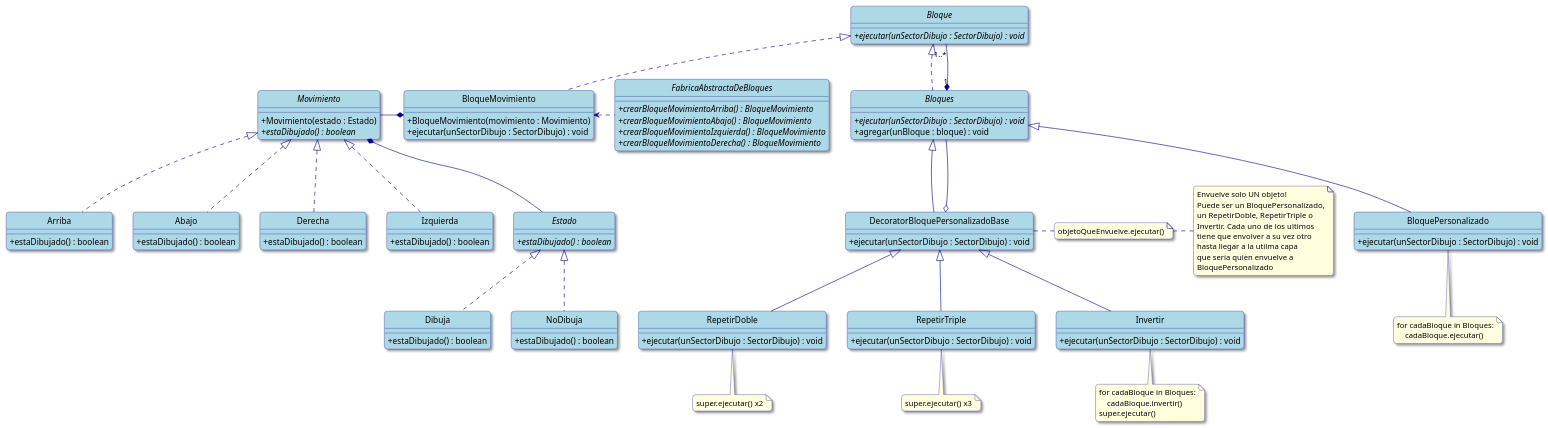
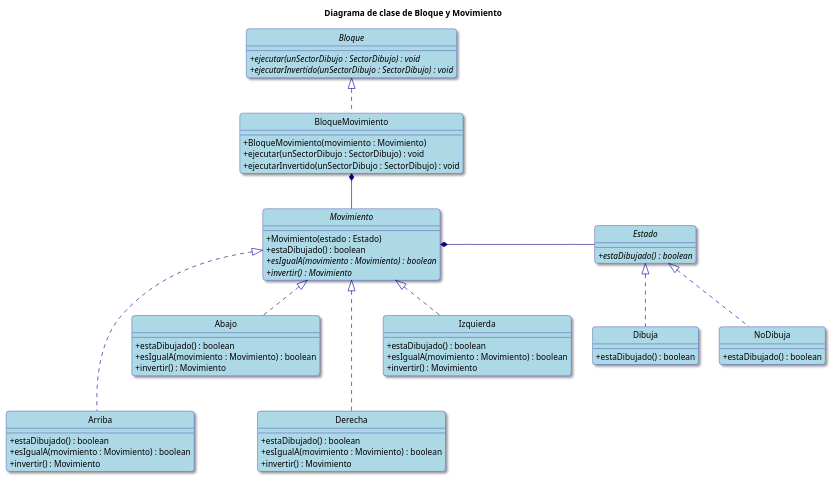
The second of 7 diagrams in diagramas-uml.puml (valva-ro/Algo3-TP2-AlgoBlocks), drawn with PlantUML before and after one commit. The commit also changed other lines of this file and 1 other file, not shown here.

Commit message:
docs: Actualice el informe y los diagramas

```diff
--- a/diagramas-uml.puml
+++ b/diagramas-uml.puml
@@ -83,123 +85,75 @@
 @startuml
 hide circle
 skinparam classAttributeIconSize 0
 skinparam backgroundColor White
 skinparam RoundCorner 10
 skinparam Shadowing true
 skinparam class {
     ArrowColor DarkBlue
     BackgroundColor LightBlue
     BorderColor DarkBlue
 }
 skinparam note {
     BackgroundColor LightYellow
     BorderColor DarkBlue
 }
 
+title Diagrama de clase de Bloque y Movimiento
+
 interface Bloque {
     + {abstract} ejecutar(unSectorDibujo : SectorDibujo) : void
+    + {abstract} ejecutarInvertido(unSectorDibujo : SectorDibujo) : void
+
 }
 class BloqueMovimiento {
     + BloqueMovimiento(movimiento : Movimiento)
     + ejecutar(unSectorDibujo : SectorDibujo) : void
+    + ejecutarInvertido(unSectorDibujo : SectorDibujo) : void
 }
-interface Bloques {
-    + {abstract} ejecutar(unSectorDibujo : SectorDibujo) : void
-    + agregar(unBloque : bloque) : void
-}
-class BloquePersonalizado {
-    + ejecutar(unSectorDibujo : SectorDibujo) : void
-}
-note bottom of BloquePersonalizado
-for cadaBloque in Bloques:
-    cadaBloque.ejecutar()
-end note
-class RepetirDoble {
-    + ejecutar(unSectorDibujo : SectorDibujo) : void
-}
-note bottom of RepetirDoble
-super.ejecutar() x2
-end note
-class RepetirTriple {
-    + ejecutar(unSectorDibujo : SectorDibujo) : void
-}
-note bottom of RepetirTriple
-super.ejecutar() x3
-end note
-class Invertir {
-    + ejecutar(unSectorDibujo : SectorDibujo) : void
-}
-note bottom of Invertir
-for cadaBloque in Bloques:
-    cadaBloque.invertir()
-super.ejecutar()
-end note
 abstract class Movimiento {
     + Movimiento(estado : Estado)
-    + {abstract} estaDibujado() : boolean
+    + estaDibujado() : boolean
+    + {abstract} esIgualA(movimiento : Movimiento) : boolean
+    + {abstract} invertir() : Movimiento
 }
 class Arriba {
     + estaDibujado() : boolean
+    + esIgualA(movimiento : Movimiento) : boolean
+    + invertir() : Movimiento
 }
 class Abajo {
     + estaDibujado() : boolean
+    + esIgualA(movimiento : Movimiento) : boolean
+    + invertir() : Movimiento
 }
 class Derecha {
     + estaDibujado() : boolean
+    + esIgualA(movimiento : Movimiento) : boolean
+    + invertir() : Movimiento
 }
 class Izquierda {
     + estaDibujado() : boolean
+    + esIgualA(movimiento : Movimiento) : boolean
+    + invertir() : Movimiento
 }
-class DecoratorBloquePersonalizadoBase {
-    + ejecutar(unSectorDibujo : SectorDibujo) : void
-}
-note right
-objetoQueEnvuelve.ejecutar()
-end note
-note right
-Envuelve solo UN objeto!
-Puede ser un BloquePersonalizado,
-un RepetirDoble, RepetirTriple o
-Invertir. Cada uno de los ultimos
-tiene que envolver a su vez otro
-hasta llegar a la utilma capa
-que sería quien envuelve a
-BloquePersonalizado
-end note
 interface Estado {
     + {abstract} estaDibujado() : boolean
 }
 class Dibuja {
     + estaDibujado() : boolean
 }
 class NoDibuja {
     + estaDibujado() : boolean
 }
 
-interface FabricaAbstractaDeBloques {
-    + {abstract} crearBloqueMovimientoArriba() : BloqueMovimiento
-    + {abstract} crearBloqueMovimientoAbajo() : BloqueMovimiento
-    + {abstract} crearBloqueMovimientoIzquierda() : BloqueMovimiento
-    + {abstract} crearBloqueMovimientoDerecha() : BloqueMovimiento
-}
-FabricaAbstractaDeBloques ..left> BloqueMovimiento
-
-Movimiento *-- Estado
+Movimiento *--right Estado
 Estado <|.. Dibuja
 Estado <|.. NoDibuja
-Bloque <|.. Bloques
-Bloques "1" *-- "1..*" Bloque
-Bloques <|-- BloquePersonalizado
-Bloques <|-- DecoratorBloquePersonalizadoBase
-DecoratorBloquePersonalizadoBase o-- Bloques
-DecoratorBloquePersonalizadoBase <|-- RepetirDoble
-DecoratorBloquePersonalizadoBase <|-- RepetirTriple
-DecoratorBloquePersonalizadoBase <|-- Invertir
 Bloque <|.. BloqueMovimiento
 
-BloqueMovimiento *--left Movimiento
-Movimiento <|.. Arriba
+BloqueMovimiento *-- Movimiento
+Movimiento <|... Arriba
 Movimiento <|.. Abajo
-Movimiento <|.. Derecha
+Movimiento <|... Derecha
 Movimiento <|.. Izquierda
 @enduml
```
